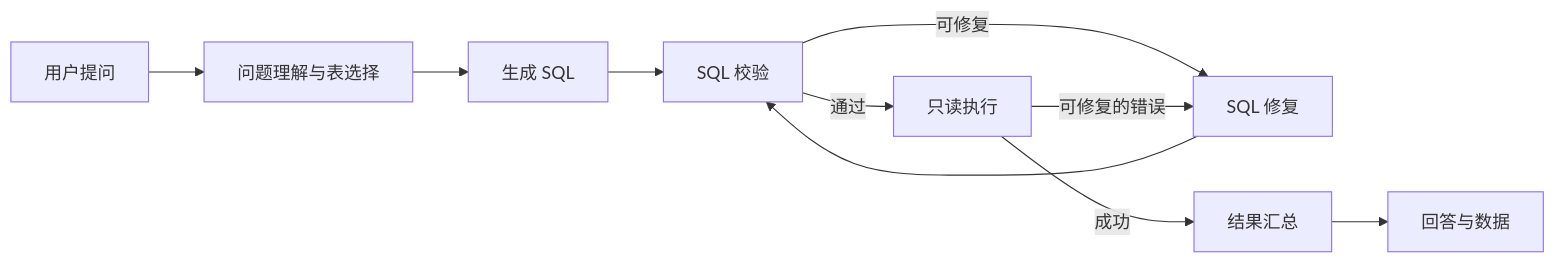
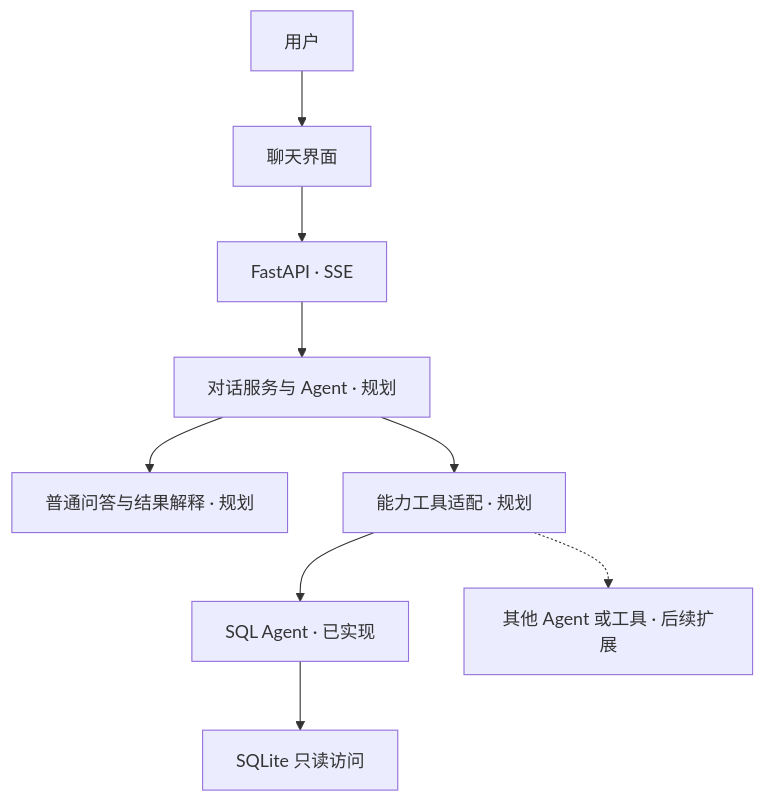
One commit to daLianTheBigFace/chatBI changed the diagram in README.md. Above: the diagram before and after it, drawn with Mermaid. The commit also changed other lines of this file, not shown here.

````diff
--- a/README.md
+++ b/README.md
@@ -37,12 +37,11 @@
 ```mermaid
-flowchart LR
-    A[用户提问] --> B[问题理解与表选择]
-    B --> C[生成 SQL]
-    C --> D[SQL 校验]
-    D -->|通过| E[只读执行]
-    D -->|可修复| F[SQL 修复]
-    E -->|可修复的错误| F
-    F --> D
-    E -->|成功| G[结果汇总]
-    G --> H[回答与数据]
+flowchart TD
+    U[用户] --> UI[聊天界面]
+    UI --> API[FastAPI · SSE]
+    API --> CHAT[对话服务与 Agent · 规划]
+    CHAT --> DIRECT[普通问答与结果解释 · 规划]
+    CHAT --> TOOLS[能力工具适配 · 规划]
+    TOOLS --> SQL[SQL Agent · 已实现]
+    TOOLS -.-> MORE[其他 Agent 或工具 · 后续扩展]
+    SQL --> DB[SQLite 只读访问]
 ```
````
